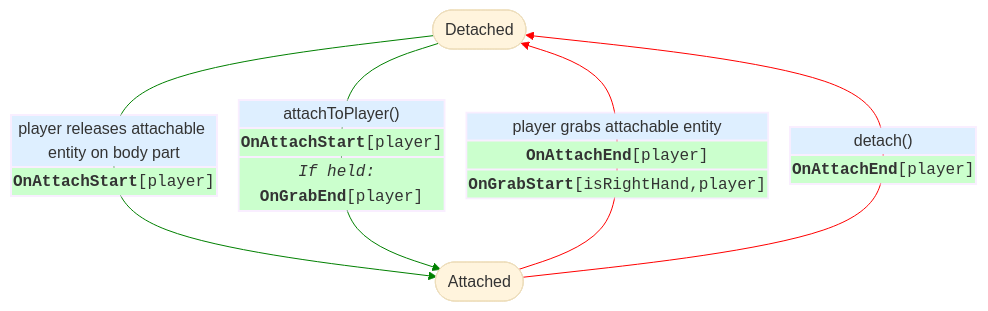
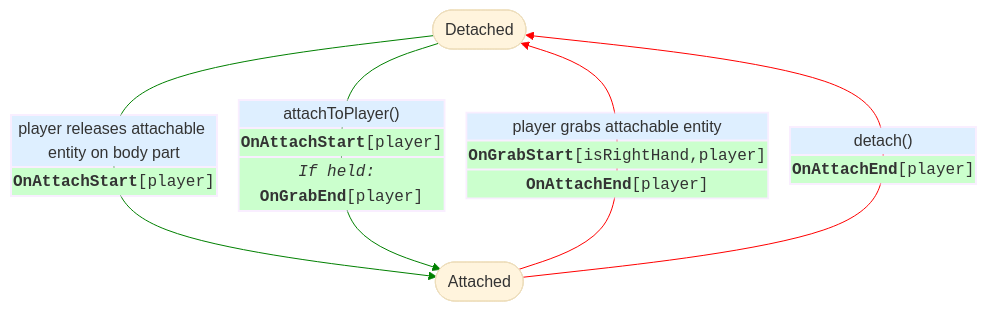
The fourth of 4 diagrams in HorizonTechnicalDoc.md (MHCPCreators/horizonCreatorManual), drawn with Mermaid (base theme) before and after one commit. The commit also changed other lines of this file, not shown here.

Commit message:
Grab notes and scripting notes

````diff
--- a/HorizonTechnicalDoc.md
+++ b/HorizonTechnicalDoc.md
@@ -1832,16 +1836,16 @@
 ```mermaid
 flowchart TD
   detach([Detached])
   attach([Attached])
 
   detach -- <table style="margin:0"><tr><td style="background-color:#deefff">player releases attachable entity on body part</td></tr><tr><td style="background-color:#cbffcd"><code style="background-color:#0000"><b>OnAttachStart</b>[player]</code></td></tr></table> ---> attach
 
   detach -- <table style="margin:0"><tr><td style="background-color:#deefff">attachToPlayer()</td></tr><tr><td style="background-color:#cbffcd"><code style="background-color:#0000"><b>OnAttachStart</b>[player]</code></td></tr><tr><td style="background-color:#cbffcd"><code style="background-color:#0000"><I>If held:</I> <b>OnGrabEnd</b>[player]</code></td></tr></table> ---> attach
 
-  attach -- <table style="margin:0"><tr><td style="background-color:#deefff">player grabs attachable entity</td></tr><tr><td style="background-color:#cbffcd"><code style="background-color:#0000"><b>OnAttachEnd</b>[player]</code></td></tr><tr><td style="background-color:#cbffcd"><code style="background-color:#0000"><b>OnGrabStart</b>[isRightHand,player]</code></td></tr></table> --> detach
+  attach -- <table style="margin:0"><tr><td style="background-color:#deefff">player grabs attachable entity</td></tr><tr><td style="background-color:#cbffcd"><code style="background-color:#0000"><b>OnGrabStart</b>[isRightHand,player]</code></td></tr><tr><td style="background-color:#cbffcd"><code style="background-color:#0000"><b>OnAttachEnd</b>[player]</code></td></tr></table> --> detach
 
   attach -- <table style="margin:0"><tr><td style="background-color:#deefff">detach()</td></tr><tr><td style="background-color:#cbffcd"><code style="background-color:#0000"><b>OnAttachEnd</b>[player]</code></td></tr></table> --> detach
 
    linkStyle 0,1 stroke:green,stroke-width:1px;
     linkStyle 2,3 stroke:red,stroke-width:1px;
 ```
````
